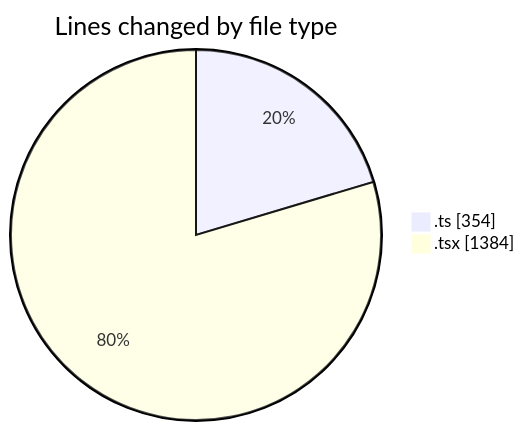
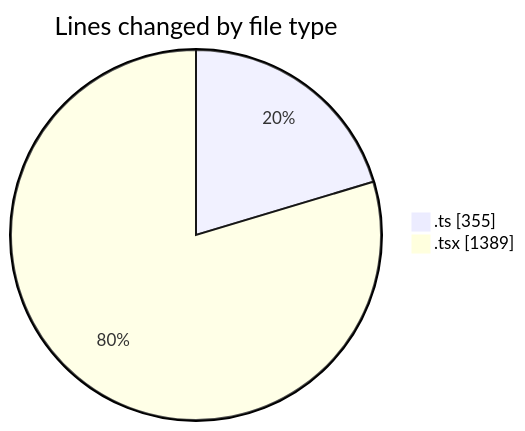
The first of 2 diagrams in 2025-01-27/termonied-web/README.md (robertbonfada/code-tracking), drawn with Mermaid before and after one commit. The commit also changed other lines of this file and 1 other file, not shown here.

````diff
--- a/2025-01-27/termonied-web/README.md
+++ b/2025-01-27/termonied-web/README.md
@@ -26,6 +26,6 @@
 ```mermaid
 pie showData
 title Lines changed by file type
-".ts" : 354
-".tsx" : 1384
+".ts" : 355
+".tsx" : 1389
 ```
````
